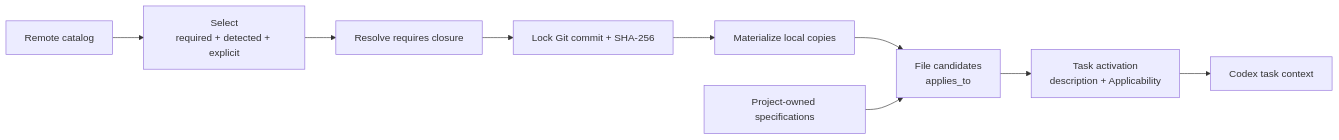
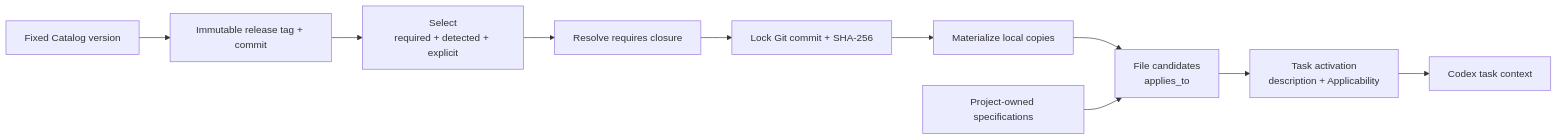
One commit to XiaoWeiKIN/EngineeringSpecifications changed the second of 3 diagrams in docs/specification-model.md. Above: the diagram before and after it, drawn with Mermaid. The commit also changed other lines of this file and 10 other files, not shown here.

Commit message:
feat: publish immutable catalog release contract

````diff
--- a/docs/specification-model.md
+++ b/docs/specification-model.md
@@ -99,11 +99,12 @@
 ```mermaid
 flowchart LR
-    Catalog["Remote catalog"] --> Select["Select<br/>required + detected + explicit"]
+    Version["Fixed Catalog version"] --> Catalog["Immutable release tag + commit"]
+    Catalog --> Select["Select<br/>required + detected + explicit"]
     Select --> Closure["Resolve requires closure"]
     Closure --> Lock["Lock Git commit + SHA-256"]
     Lock --> Local["Materialize local copies"]
     Local --> Scope["File candidates<br/>applies_to"]
     Project["Project-owned specifications"] --> Scope
     Scope --> Activate["Task activation<br/>description + Applicability"]
     Activate --> Codex["Codex task context"]
 ```
````
